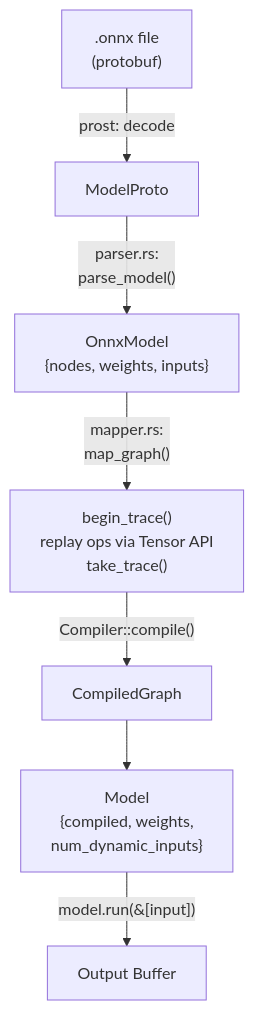
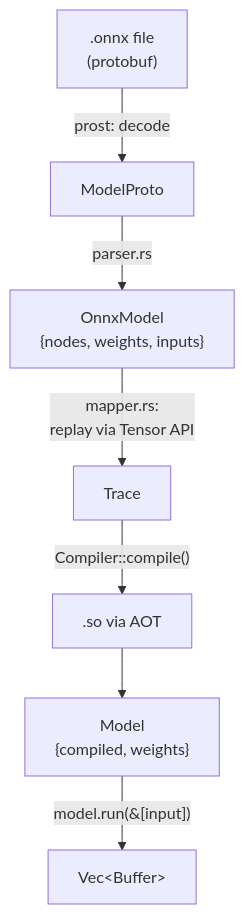
One commit to edg-l/homura changed the fourth of 5 diagrams in docs/design.md. Above: the diagram before and after it, drawn with Mermaid. The commit also changed other lines of this file and 1 other file, not shown here.

Commit message:
update README and design.md for milestone 3 + AOT pipeline

````diff
--- a/docs/design.md
+++ b/docs/design.md
@@ -205,9 +189,9 @@
 ```mermaid
 flowchart TD
     A[".onnx file<br>(protobuf)"] -->|"prost: decode"| B["ModelProto"]
-    B -->|"parser.rs:<br>parse_model()"| C["OnnxModel<br>{nodes, weights, inputs}"]
-    C -->|"mapper.rs:<br>map_graph()"| D["begin_trace()<br>replay ops via Tensor API<br>take_trace()"]
-    D -->|"Compiler::compile()"| E["CompiledGraph"]
-    E --> F["Model<br>{compiled, weights,<br>num_dynamic_inputs}"]
-    F -->|"model.run(&[input])"| G["Output Buffer"]
+    B -->|"parser.rs"| C["OnnxModel<br>{nodes, weights, inputs}"]
+    C -->|"mapper.rs:<br>replay via Tensor API"| D["Trace"]
+    D -->|"Compiler::compile()"| E[".so via AOT"]
+    E --> F["Model<br>{compiled, weights}"]
+    F -->|"model.run(&[input])"| G["Vec&lt;Buffer&gt;"]
 ```
````
